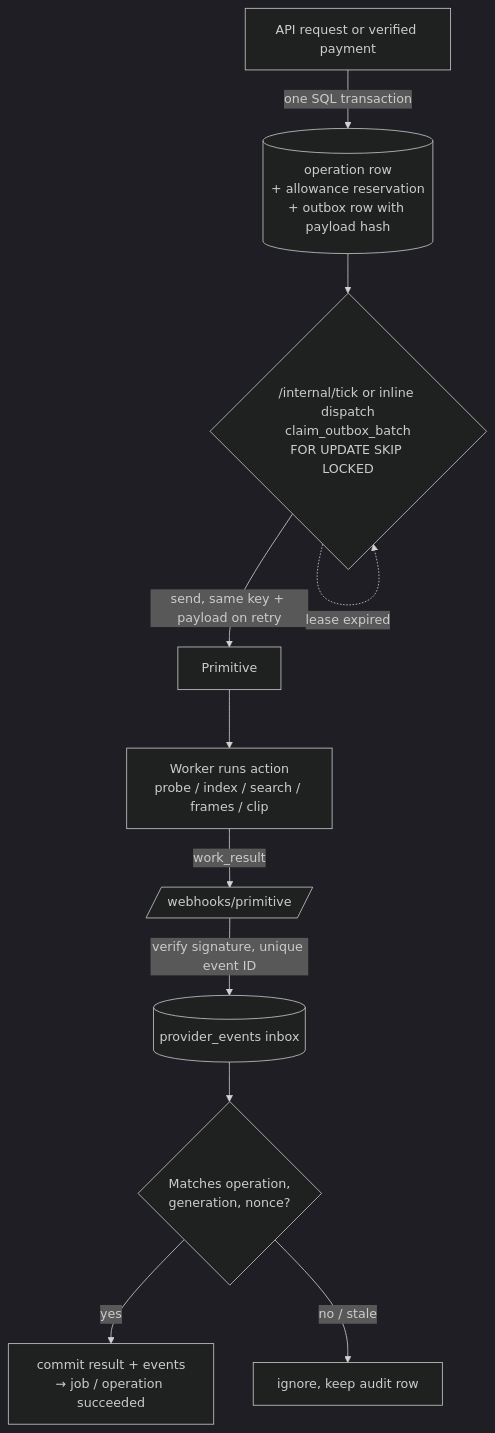
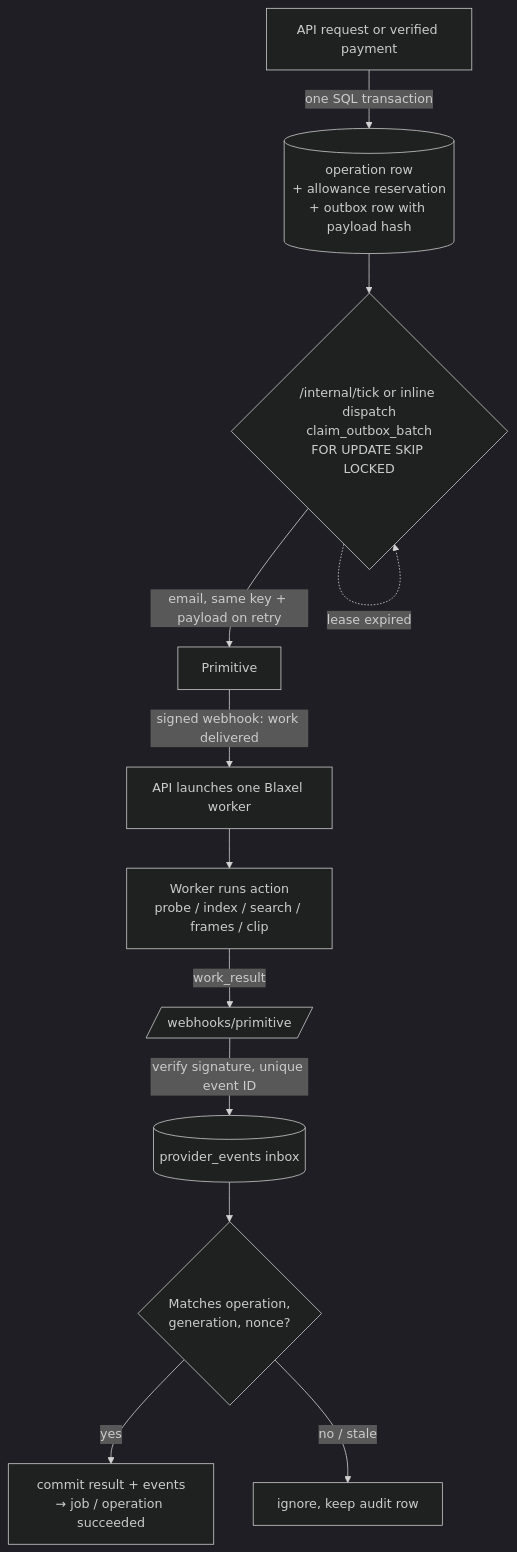
The third of 5 diagrams in README.md (ankitshah009/mediapack), drawn with Mermaid (dark theme) before and after one commit. The commit also changed other lines of this file and 5 other files, not shown here.

First line of the commit message:
docs: architecture and job-flow images for the current system

````diff
--- a/README.md
+++ b/README.md
@@ -105,13 +116,14 @@
 ```mermaid
 flowchart TD
   R[API request or verified payment] -->|one SQL transaction| T[(operation row<br/>+ allowance reservation<br/>+ outbox row with payload hash)]
   T --> D{/internal/tick or inline dispatch<br/>claim_outbox_batch<br/>FOR UPDATE SKIP LOCKED}
-  D -->|send, same key + payload on retry| P[Primitive]
-  P --> W[Worker runs action<br/>probe / index / search / frames / clip]
+  D -->|email, same key + payload on retry| P[Primitive]
+  P -->|signed webhook: work delivered| L[API launches one Blaxel worker]
+  L --> W[Worker runs action<br/>probe / index / search / frames / clip]
   W -->|work_result| H[/webhooks/primitive/]
   H -->|verify signature, unique event ID| I[(provider_events inbox)]
   I --> C{Matches operation,<br/>generation, nonce?}
   C -->|yes| OK[commit result + events<br/>→ job / operation succeeded]
   C -->|no / stale| X[ignore, keep audit row]
   D -.lease expired.-> D
 ```
````
